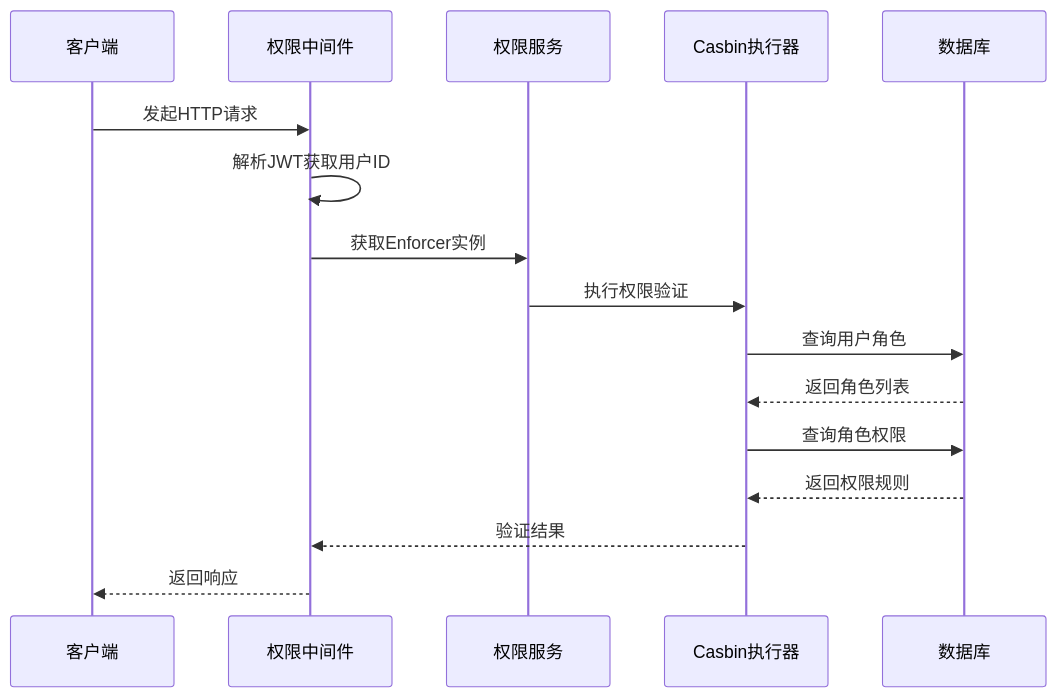
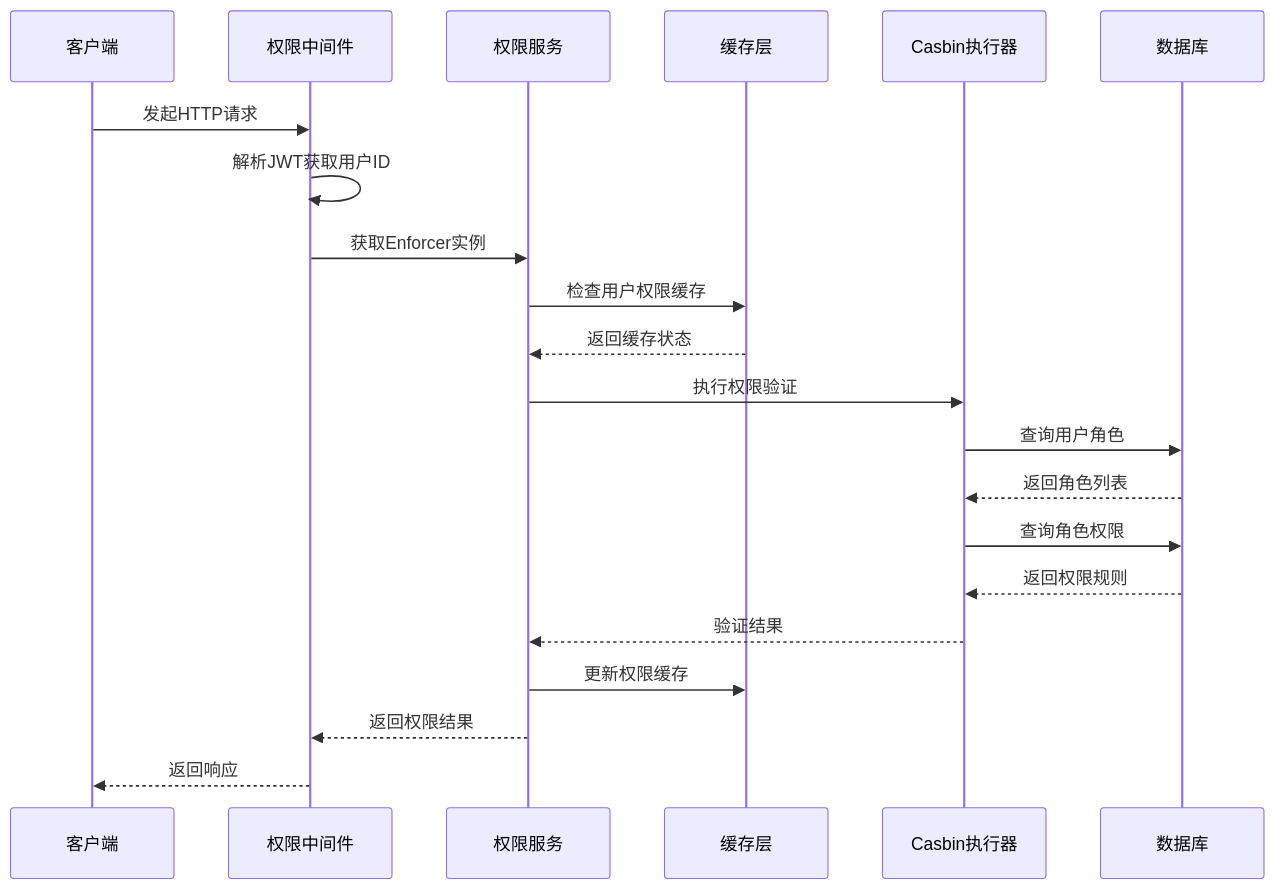
Before and after one commit to wuwuseo/e-sports-go-admin: the fourth of 9 diagrams in .qoder/repowiki/zh/content/权限管理系统/Casbin权限引擎集成.md, drawn with Mermaid. The commit also changed other lines of this file and 26 other files, not shown here.

````diff
--- a/.qoder/repowiki/zh/content/权限管理系统/Casbin权限引擎集成.md
+++ b/.qoder/repowiki/zh/content/权限管理系统/Casbin权限引擎集成.md
@@ -235,18 +266,23 @@
 ```mermaid
 sequenceDiagram
 participant Client as 客户端
 participant Middleware as 权限中间件
 participant Service as 权限服务
+participant Cache as 缓存层
 participant Enforcer as Casbin执行器
 participant DB as 数据库
 Client->>Middleware : 发起HTTP请求
 Middleware->>Middleware : 解析JWT获取用户ID
 Middleware->>Service : 获取Enforcer实例
+Service->>Cache : 检查用户权限缓存
+Cache-->>Service : 返回缓存状态
 Service->>Enforcer : 执行权限验证
 Enforcer->>DB : 查询用户角色
 DB-->>Enforcer : 返回角色列表
 Enforcer->>DB : 查询角色权限
 DB-->>Enforcer : 返回权限规则
-Enforcer-->>Middleware : 验证结果
+Enforcer-->>Service : 验证结果
+Service->>Cache : 更新权限缓存
+Service-->>Middleware : 返回权限结果
 Middleware-->>Client : 返回响应
 ```
````
